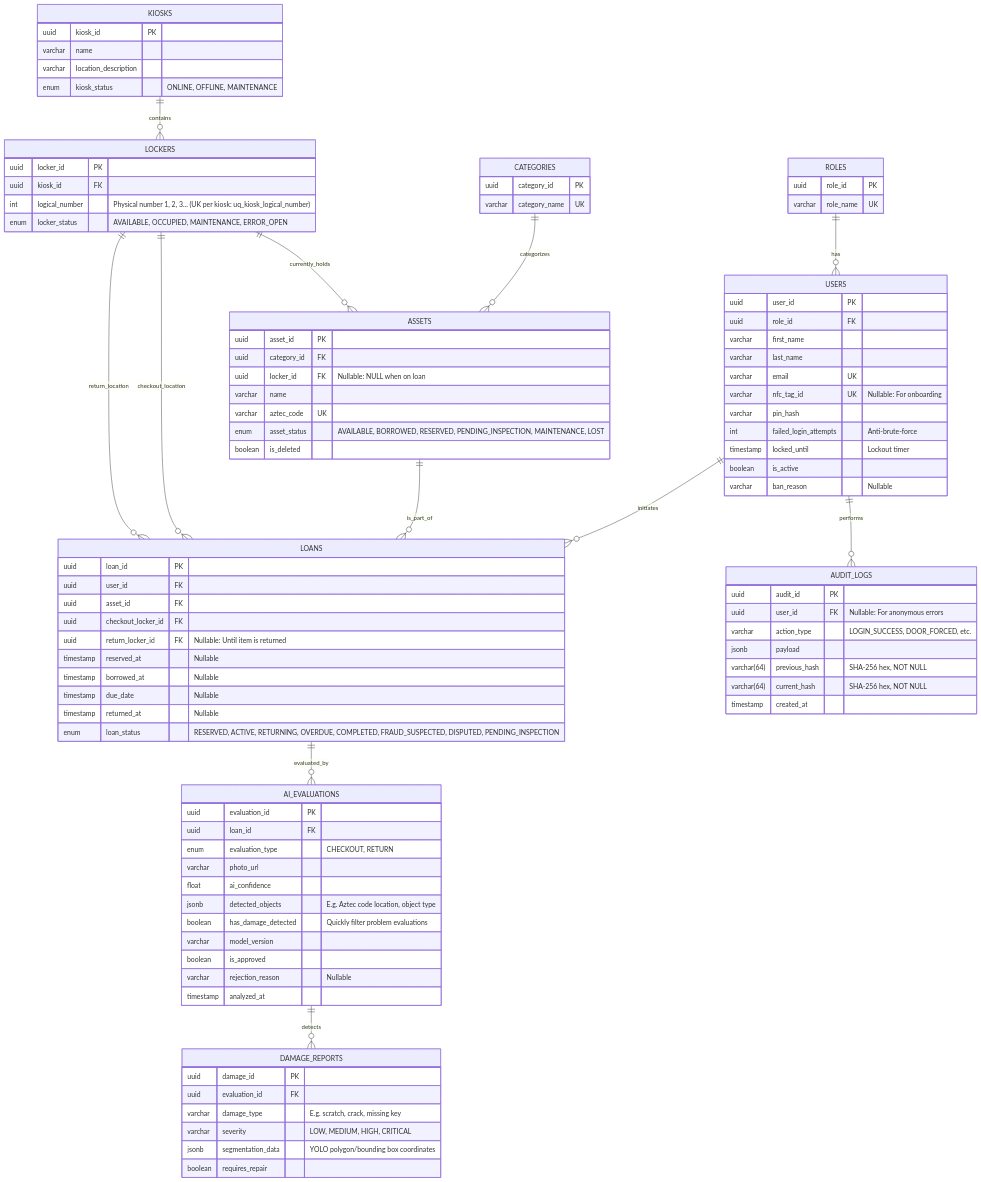
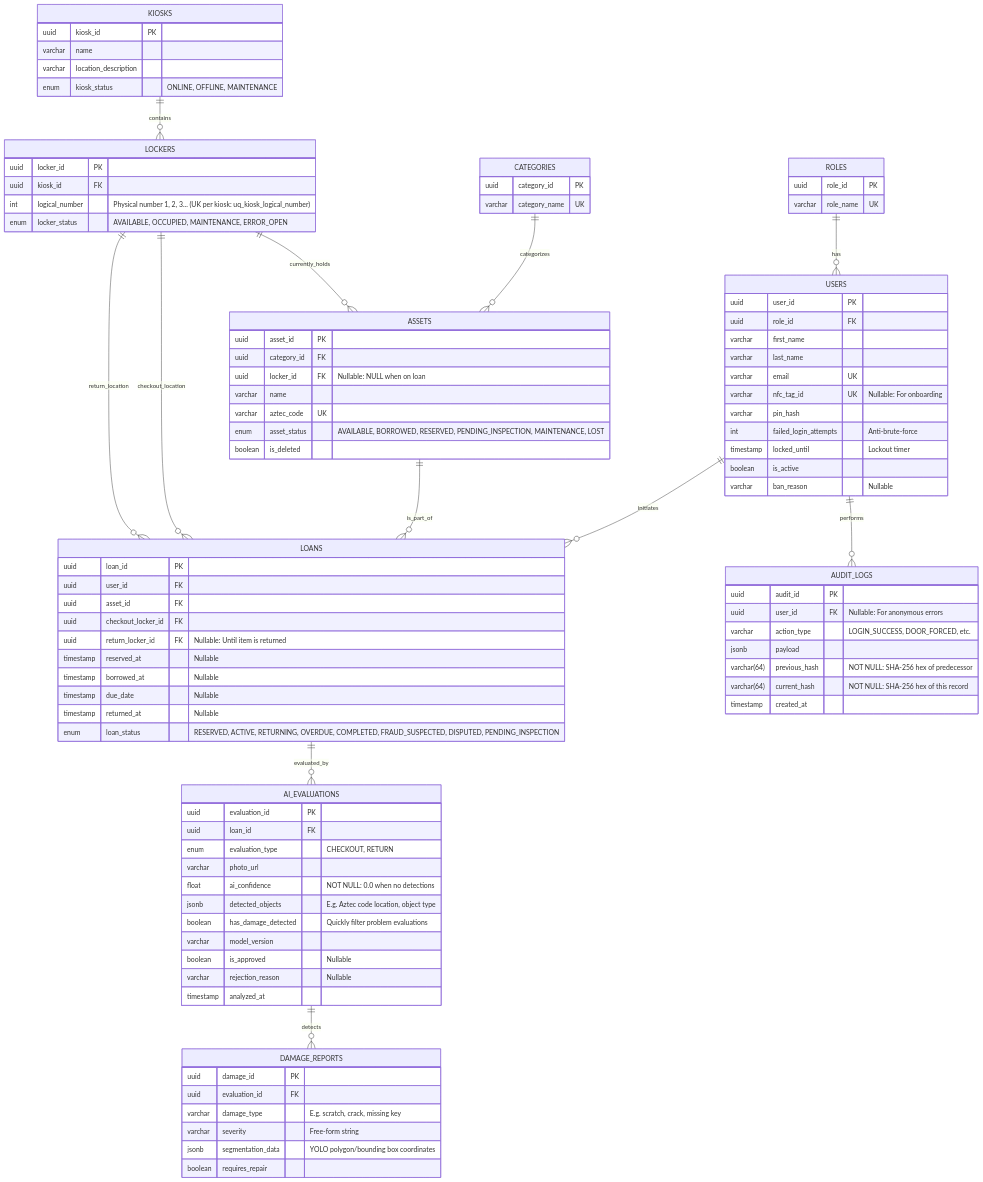
The third of 3 diagrams in docs/architecture.md (easylend-practice-enterprise/easylend), drawn with Mermaid before and after one commit. The commit also changed other lines of this file and 2 other files, not shown here.

Commit message:
feat(docs): enhance security and audit trail documentation, add soft delete and idempotency key requirements

```diff
--- a/docs/architecture.md
+++ b/docs/architecture.md
@@ -216,17 +219,20 @@
         timestamp returned_at "Nullable"
         enum loan_status "RESERVED, ACTIVE, RETURNING, OVERDUE, COMPLETED, FRAUD_SUSPECTED, DISPUTED, PENDING_INSPECTION"
     }
+    %% (*) RETURNING is a pre-vision mutex set by POST /loans/return/initiate.
+    %%     It prevents duplicate return initiations and is enforced by POST /vision/analyze
+    %%     (409 if loan_status != RETURNING for a RETURN evaluation).
     
     AI_EVALUATIONS {
         uuid evaluation_id PK
         uuid loan_id FK
         enum evaluation_type "CHECKOUT, RETURN"
         varchar photo_url
-        float ai_confidence
+        float ai_confidence "NOT NULL: 0.0 when no detections"
         jsonb detected_objects "E.g. Aztec code location, object type"
         boolean has_damage_detected "Quickly filter problem evaluations"
         varchar model_version
-        boolean is_approved
+        boolean is_approved "Nullable"
         varchar rejection_reason "Nullable"
         timestamp analyzed_at
     }
@@ -235,7 +241,7 @@
         uuid damage_id PK
         uuid evaluation_id FK
         varchar damage_type "E.g. scratch, crack, missing key"
-        varchar severity "LOW, MEDIUM, HIGH, CRITICAL"
+        varchar severity "Free-form string"
         jsonb segmentation_data "YOLO polygon/bounding box coordinates"
         boolean requires_repair
     }
@@ -245,8 +251,8 @@
         uuid user_id FK "Nullable: For anonymous errors"
         varchar action_type "LOGIN_SUCCESS, DOOR_FORCED, etc."
         jsonb payload
-        varchar(64) previous_hash "SHA-256 hex, NOT NULL"
-        varchar(64) current_hash "SHA-256 hex, NOT NULL"
+        varchar(64) previous_hash "NOT NULL: SHA-256 hex of predecessor"
+        varchar(64) current_hash "NOT NULL: SHA-256 hex of this record"
         timestamp created_at
     }
 
```
